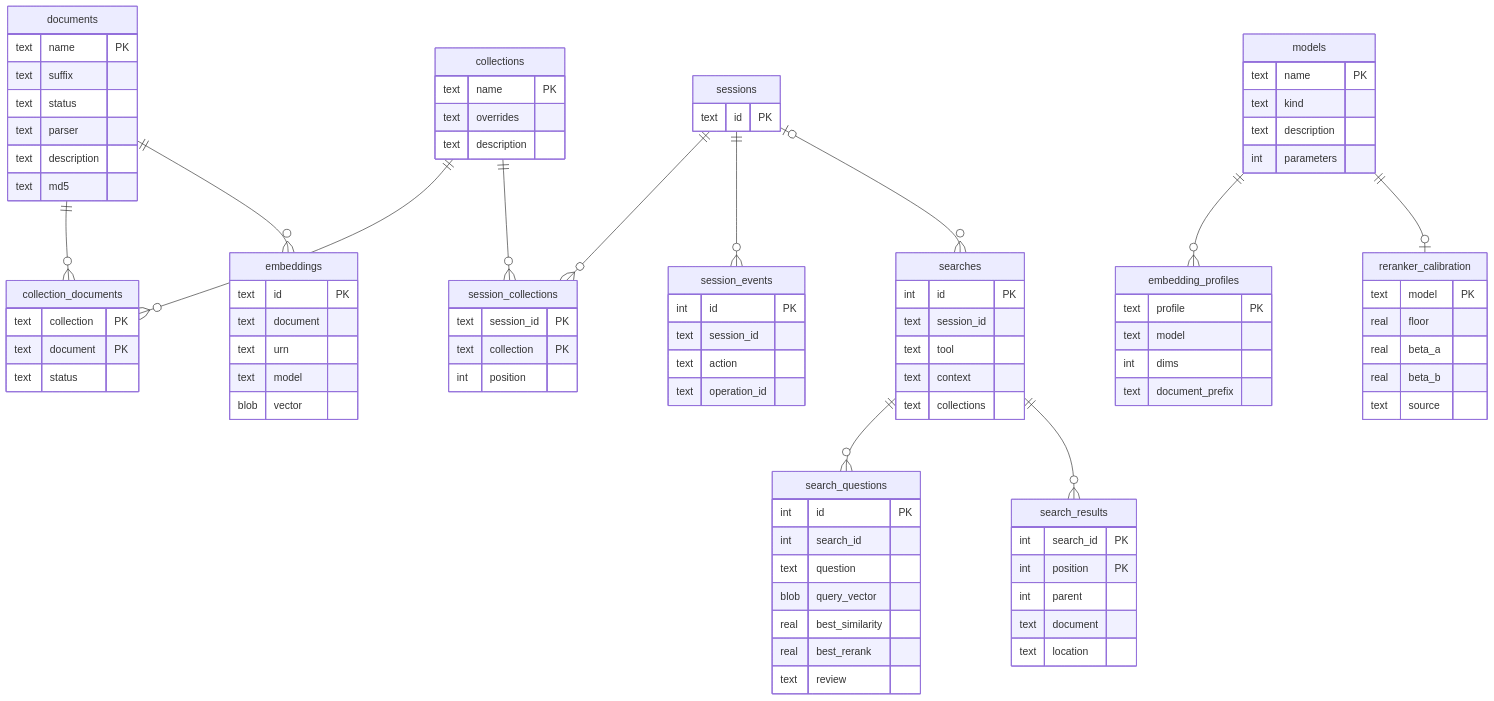
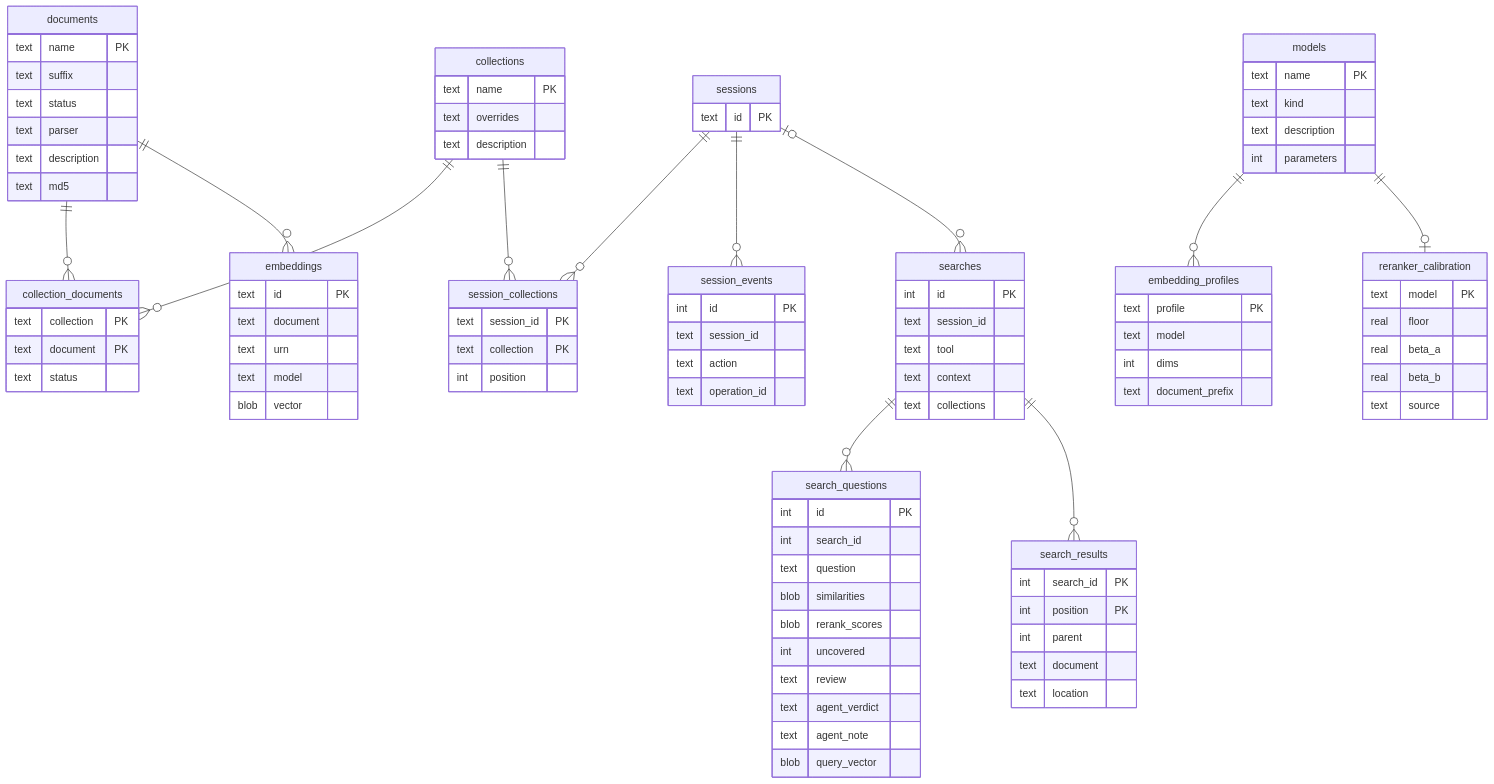
Before and after one commit to haskian/haskie: the diagram in docs/storage.md, drawn with Mermaid. The commit also changed 13 other files, not shown here.

```diff
--- a/docs/storage.md
+++ b/docs/storage.md
@@ -92,10 +92,13 @@
         int id PK
         int search_id
         text question
+        blob similarities
+        blob rerank_scores
+        int uncovered
+        text review
+        text agent_verdict
+        text agent_note
         blob query_vector
-        real best_similarity
-        real best_rerank
-        text review
     }
     search_results {
         int search_id PK
```
